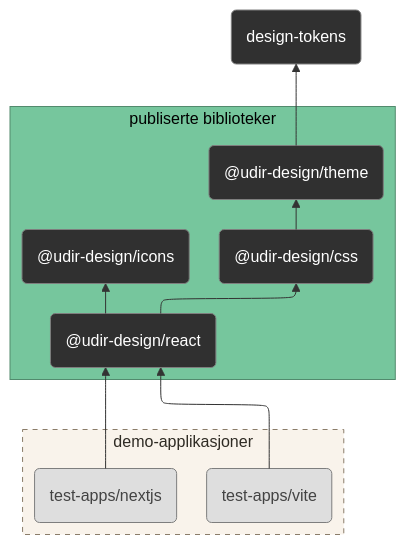
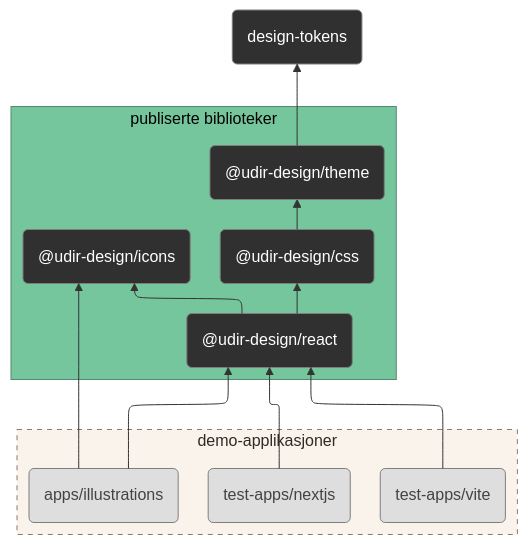
One commit to Utdanningsdirektoratet/designsystem changed the diagram in README.md. Above: the diagram before and after it, drawn with Mermaid. The commit also changed other lines of this file and 37 other files, not shown here.

````diff
--- a/README.md
+++ b/README.md
@@ -210,29 +211,32 @@
 ```mermaid
 flowchart-elk BT
   %% nodes
   tokens(design-tokens)
   subgraph public [publiserte biblioteker]
     theme("@udir-design/theme")
     css("@udir-design/css")
     icons("@udir-design/icons")
     react("@udir-design/react")
   end
   subgraph apps [demo-applikasjoner]
     vite(test-apps/vite):::app
     nextjs(test-apps/nextjs):::app
+    illustrations("apps/illustrations"):::app
   end
 
   %% dependencies
   theme --> tokens
   css --> theme
   react --> css
   react --> icons
   vite --> react
   nextjs --> react
+  illustrations --> react
+  illustrations --> icons
 
   %% styling
   classDef default fill:#303030,stroke:#7e7e7e,color:#fff
   classDef app fill:#dedede,color:#434343
   style apps fill:#f9f3eb,color:#2f2b24,stroke:#8a7c69,stroke-dasharray: 5 5
   style public fill:#76c69d,color:#000,stroke:#528a6d
 ```
````
